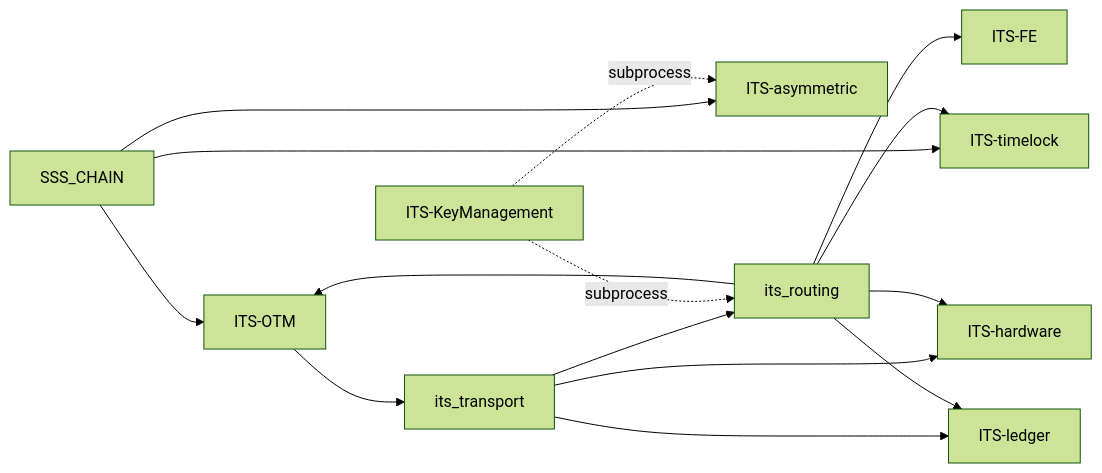
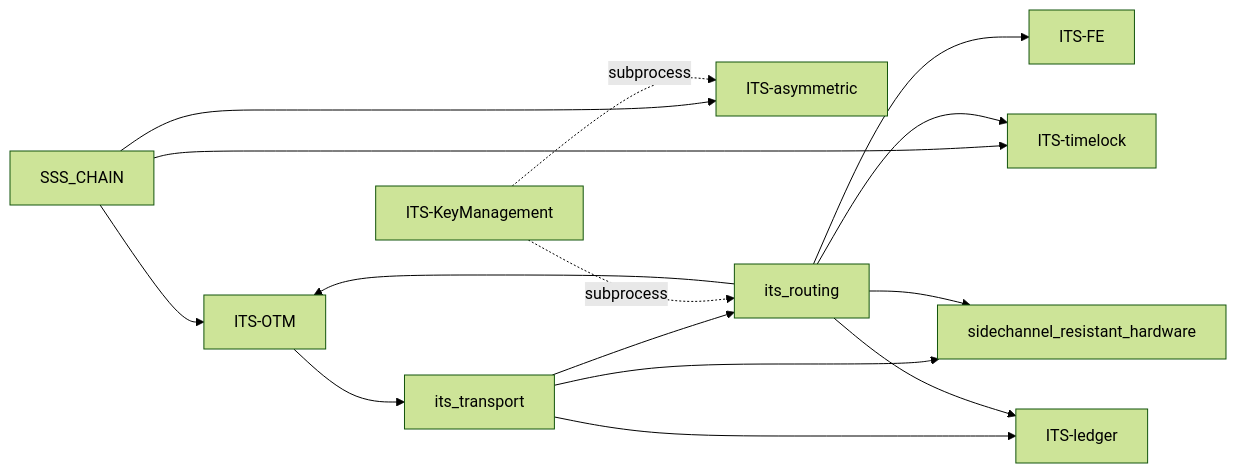
One commit to 0x1F980/ITS-ROUTING changed the diagram in ITS_ECOSYSTEM.md. Above: the diagram before and after it, drawn with Mermaid (forest theme). The commit also changed other lines of this file and 14 other files, not shown here.

Commit message:
Document ITS-MEMORY ecosystem row; rename ITS-hardware to sidechannel_resistant_hardware.

````diff
--- a/ITS_ECOSYSTEM.md
+++ b/ITS_ECOSYSTEM.md
@@ -148,28 +148,28 @@
 ```mermaid
 flowchart LR
   SSS["SSS_CHAIN"]
   ASY["ITS-asymmetric"]
   OTM["ITS-OTM"]
   TL["ITS-timelock"]
   IT["its_transport"]
   IR["its_routing"]
   KM["ITS-KeyManagement"]
-  HW["ITS-hardware"]
+  HW["sidechannel_resistant_hardware"]
   LED["ITS-ledger"]
   FE["ITS-FE"]
 
   SSS --> ASY
   SSS --> OTM
   SSS --> TL
   OTM --> IT
   IT --> IR
   IT --> HW
   IT --> LED
   IR --> OTM
   IR --> TL
   IR --> FE
   IR --> HW
   IR --> LED
   KM -.->|subprocess| ASY
   KM -.->|subprocess| IR
 ```
````
